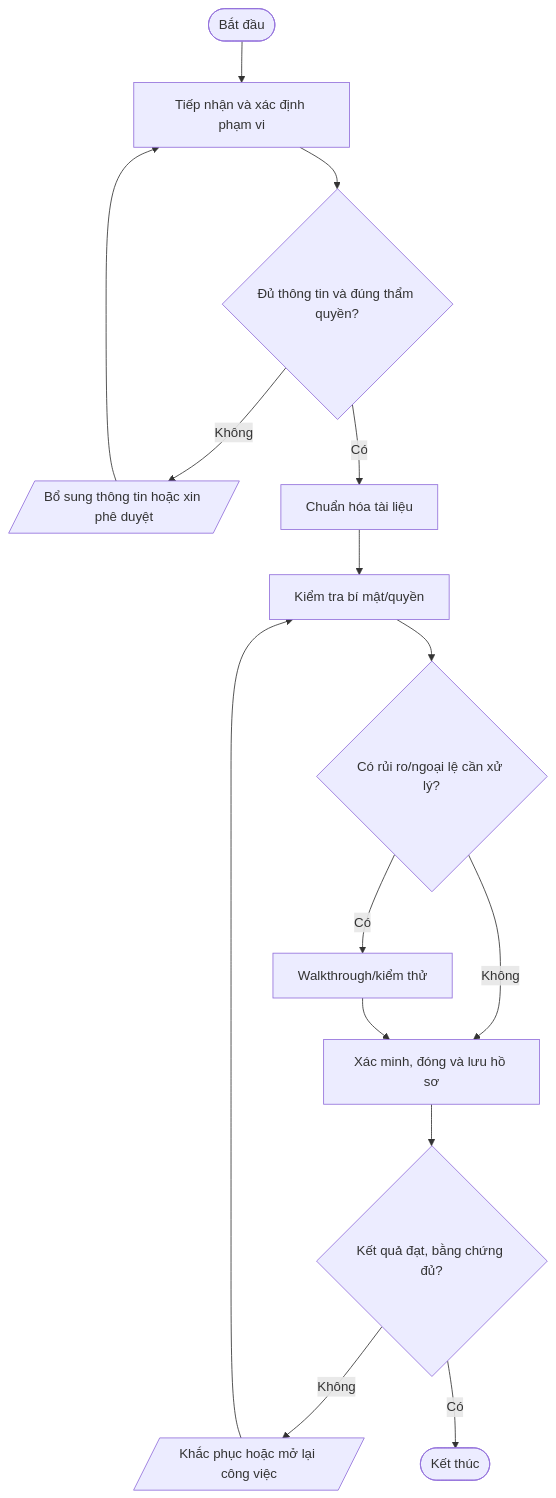
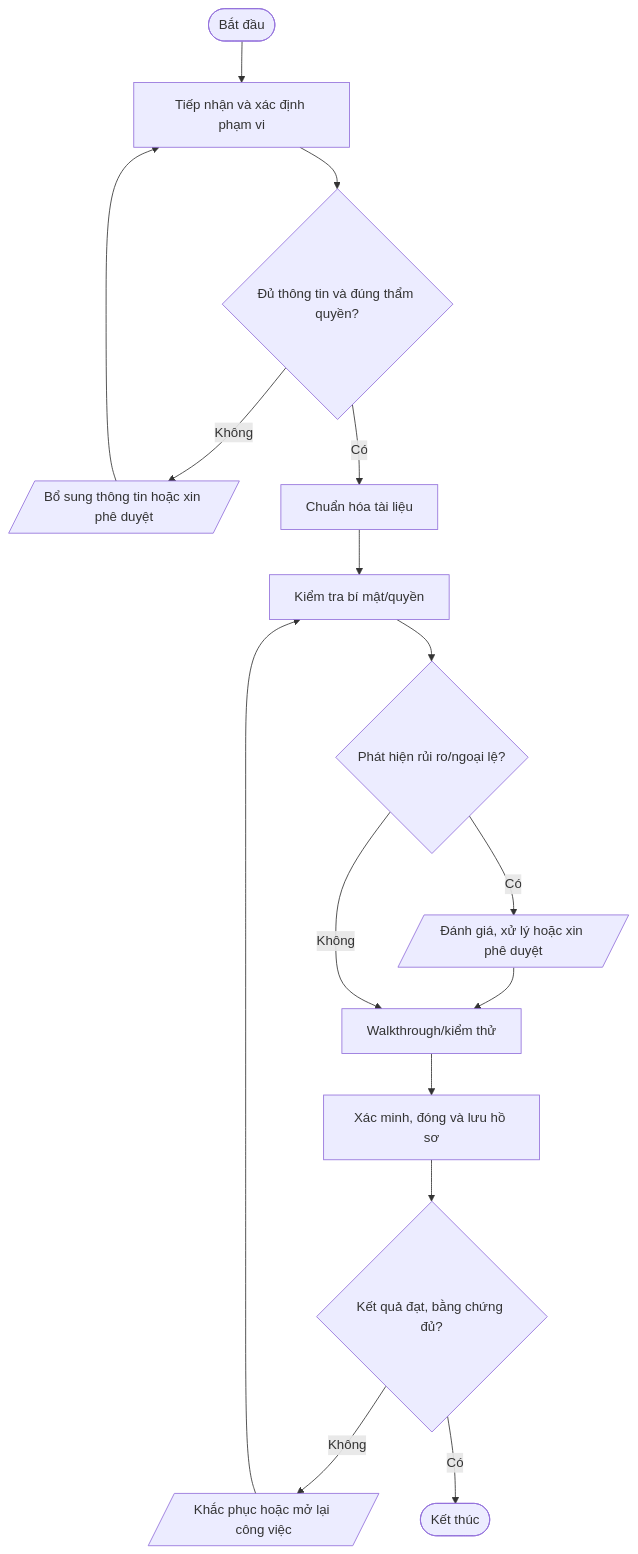
Before and after one commit to daoaigiangnam/Quy_Trinh_Chuan: the fourth of 5 diagrams in quy-trinh/05-Nhan-su/README.md, drawn with Mermaid. The commit also changed other lines of this file, not shown here.

Commit message:
docs: correct procedure flowchart decision paths

````diff
--- a/quy-trinh/05-Nhan-su/README.md
+++ b/quy-trinh/05-Nhan-su/README.md
@@ -315,17 +318,18 @@
 ```mermaid
 flowchart TD
   A([Bắt đầu]) --> S1["Tiếp nhận và xác định phạm vi"]
   S1 --> D1{"Đủ thông tin và đúng thẩm quyền?"}
   D1 -- Không --> F1[/"Bổ sung thông tin hoặc xin phê duyệt"/]
   F1 --> S1
   D1 -- Có --> S2["Chuẩn hóa tài liệu"]
   S2 --> S3["Kiểm tra bí mật/quyền"]
-  S3 --> D2{"Có rủi ro/ngoại lệ cần xử lý?"}
-  D2 -- Có --> S4["Walkthrough/kiểm thử"]
-  D2 -- Không --> S5["Xác minh, đóng và lưu hồ sơ"]
-  S4 --> S5
+  S3 --> D2{"Phát hiện rủi ro/ngoại lệ?"}
+  D2 -- Có --> RISK[/"Đánh giá, xử lý hoặc xin phê duyệt"/]
+  RISK --> S4["Walkthrough/kiểm thử"]
+  D2 -- Không --> S4
+  S4 --> S5["Xác minh, đóng và lưu hồ sơ"]
   S5 --> D3{"Kết quả đạt, bằng chứng đủ?"}
   D3 -- Không --> R[/"Khắc phục hoặc mở lại công việc"/]
   R --> S3
   D3 -- Có --> Z([Kết thúc])
 ```
````
